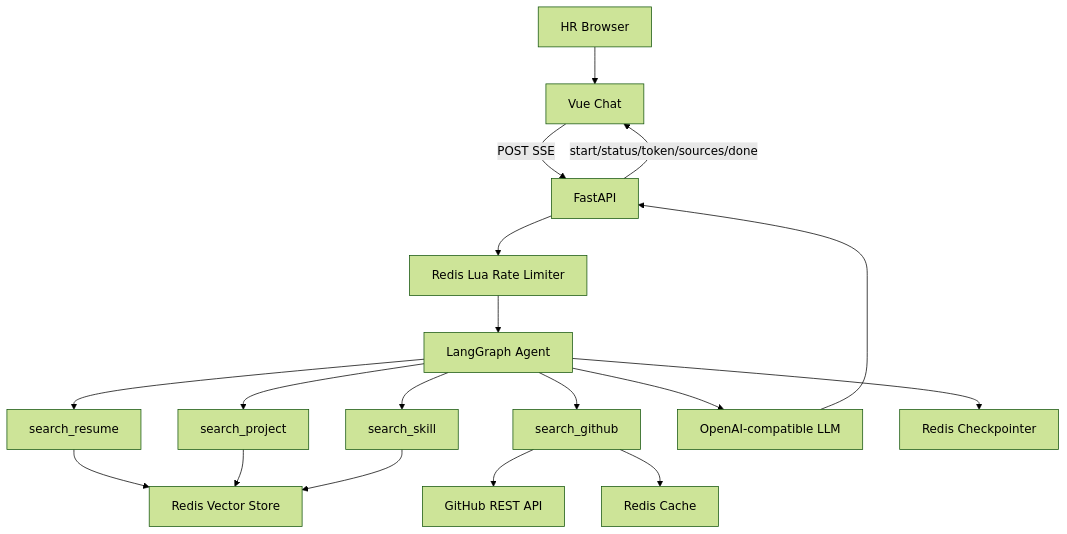
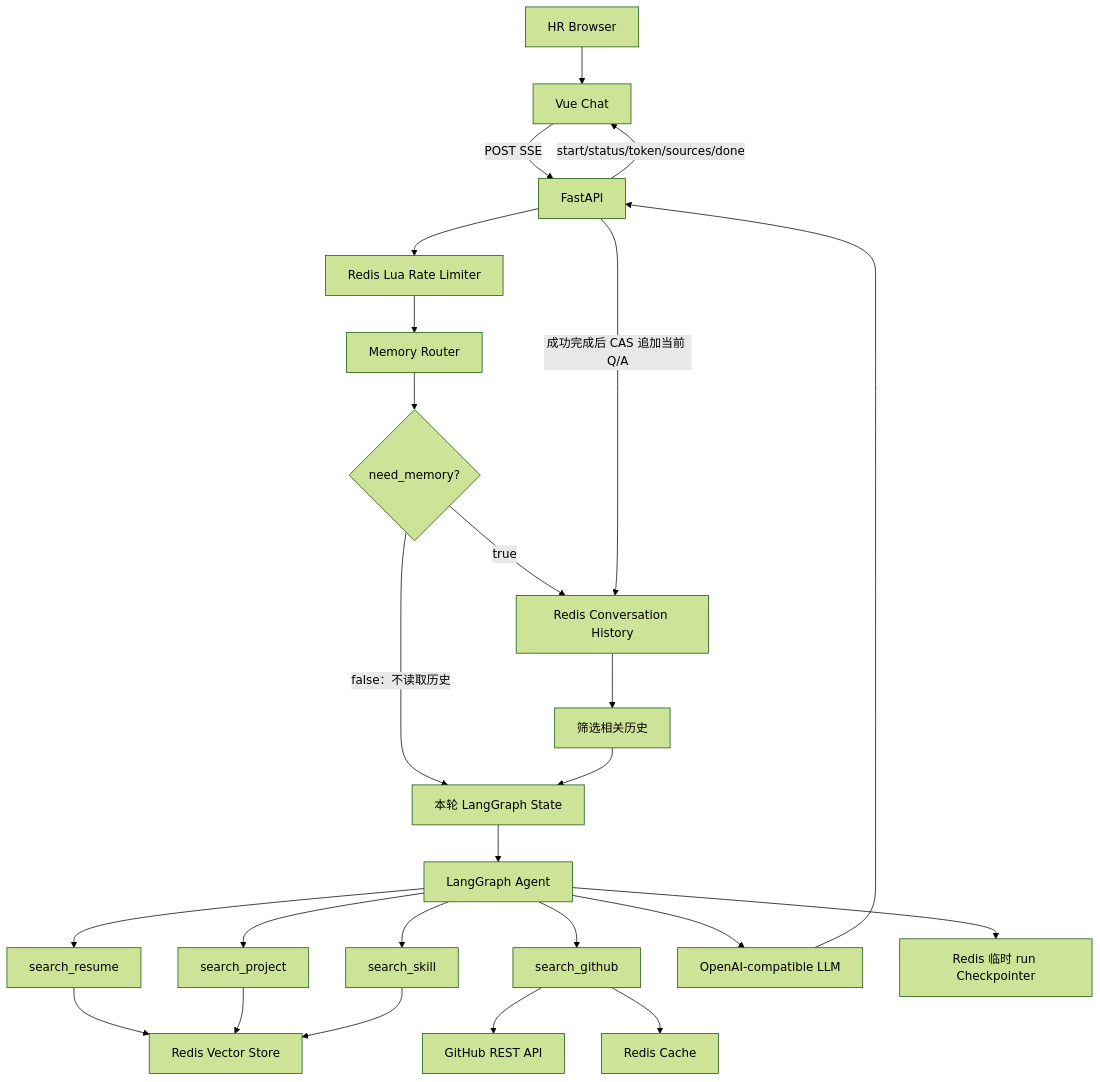
Before and after one commit to sunsxxxx/AskMyProfile: the first of 3 diagrams in README.md, drawn with Mermaid (forest theme). The commit also changed other lines of this file and 5 other files, not shown here.

````diff
--- a/README.md
+++ b/README.md
@@ -21,20 +21,27 @@
 ```mermaid
 flowchart TD
     A[HR Browser] --> B[Vue Chat]
     B -->|POST SSE| C[FastAPI]
     C --> D[Redis Lua Rate Limiter]
-    D --> E[LangGraph Agent]
+    D --> R[Memory Router]
+    R --> Q{need_memory?}
+    Q -->|false：不读取历史| S[本轮 LangGraph State]
+    Q -->|true| V[Redis Conversation History]
+    V --> W[筛选相关历史]
+    W --> S
+    S --> E[LangGraph Agent]
     E --> F[search_resume]
     E --> G[search_project]
     E --> H[search_skill]
     E --> I[search_github]
     F --> J[Redis Vector Store]
     G --> J
     H --> J
     I --> K[GitHub REST API]
     I --> L[Redis Cache]
     E --> M[OpenAI-compatible LLM]
-    E --> N[Redis Checkpointer]
+    E --> N[Redis 临时 run Checkpointer]
     M --> C
+    C -->|成功完成后 CAS 追加当前 Q/A| V
     C -->|start/status/token/sources/done| B
 ```
````
